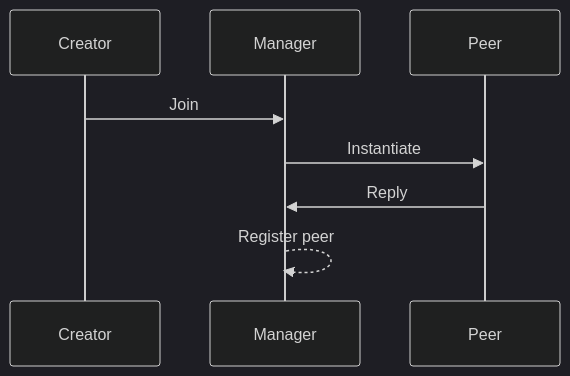
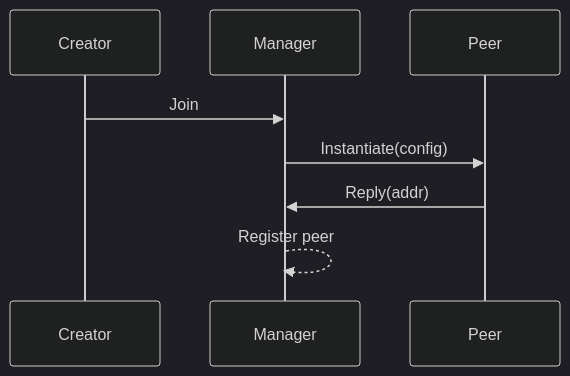
The second of 4 diagrams in README.md (hashedone/cw-workshop), drawn with Mermaid (dark theme) before and after one commit. The commit also changed other lines of this file, not shown here.

Commit message:
Donations flow

````diff
--- a/README.md
+++ b/README.md
@@ -49,7 +49,7 @@
 ```mermaid
 sequenceDiagram
 Creator->>Manager: Join
-Manager->>Peer: Instantiate
-Peer->>Manager: Reply
+Manager->>Peer: Instantiate(config)
+Peer->>Manager: Reply(addr)
 Manager-->>Manager: Register peer
 ```
````
